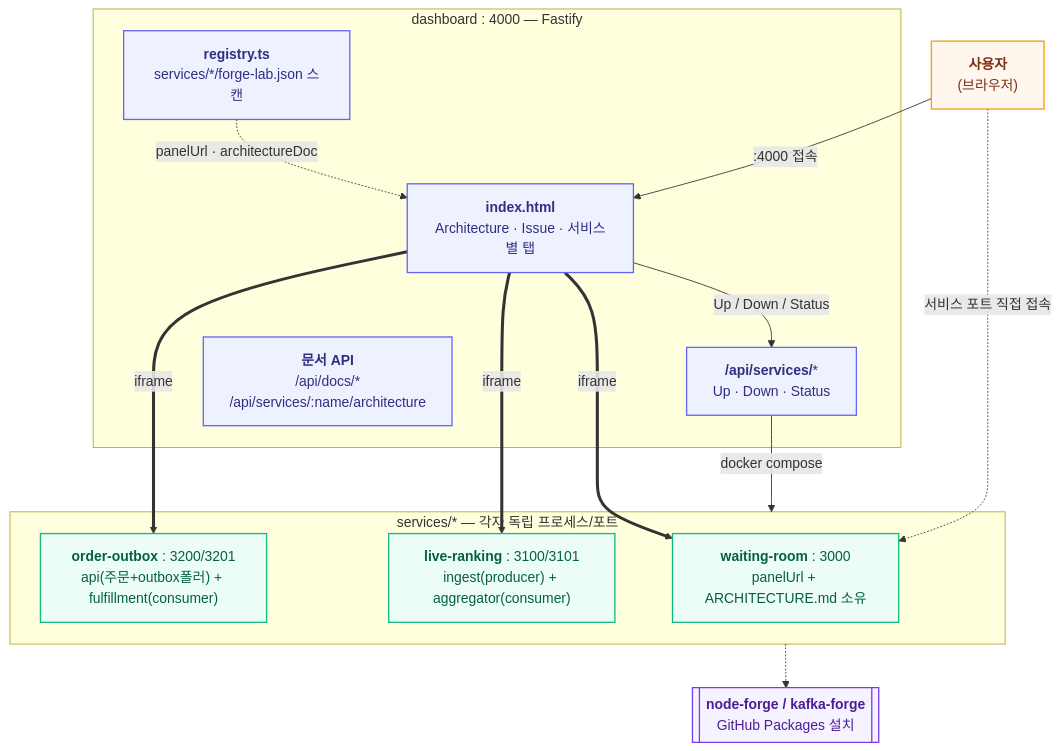
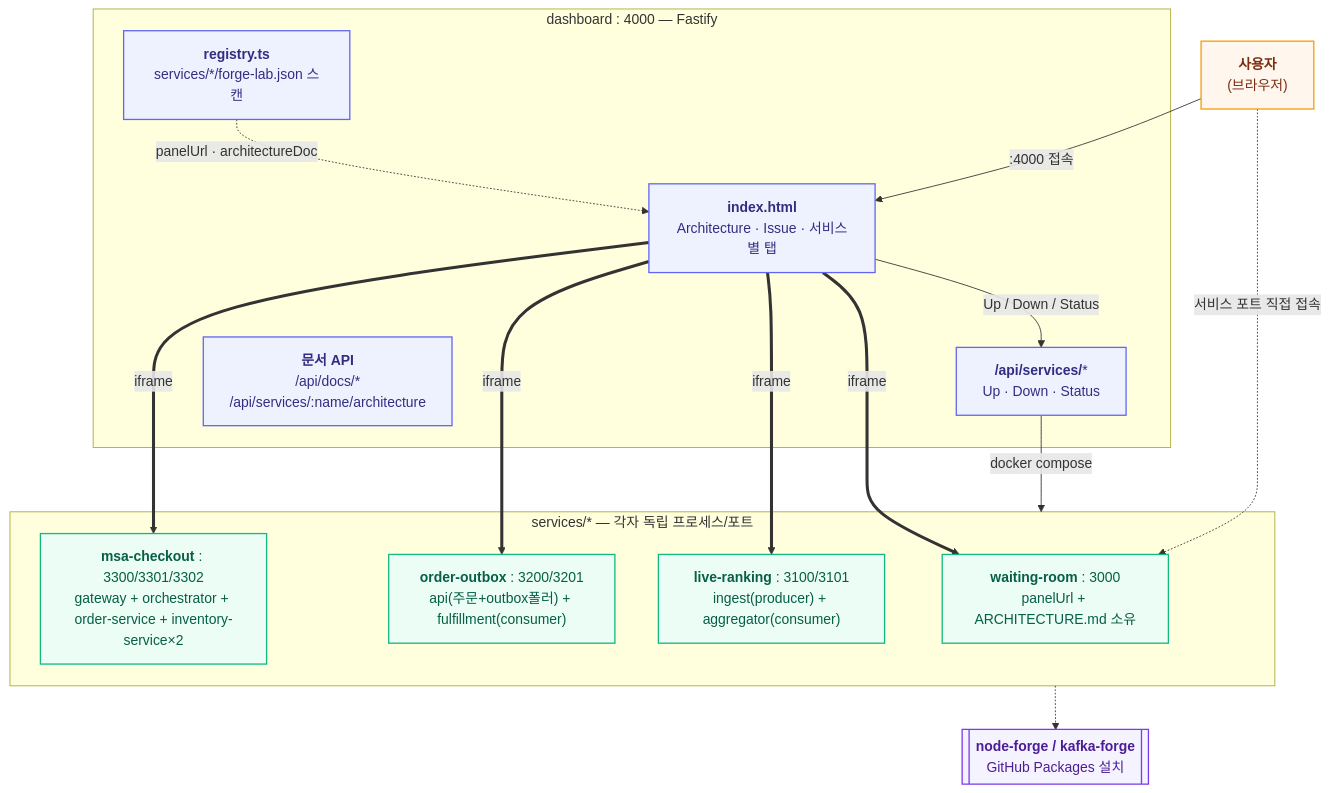
Before and after one commit to paikpaik/forgeLab: the diagram in docs/architecture.md, drawn with Mermaid. The commit also changed other lines of this file and 66 other files, not shown here.

````diff
--- a/docs/architecture.md
+++ b/docs/architecture.md
@@ -31,50 +33,53 @@
 ```mermaid
 flowchart TB
     U["`**사용자**
     (브라우저)`"]
 
     subgraph DB["dashboard : 4000 — Fastify"]
         DUI["`**index.html**
         Architecture · Issue · 서비스별 탭`"]
         DAPI["`**/api/services/***
         Up · Down · Status`"]
         DREG["`**registry.ts**
         services/*/forge-lab.json 스캔`"]
         DDOC["`**문서 API**
         /api/docs/*
         /api/services/:name/architecture`"]
     end
 
     subgraph SVC["services/* — 각자 독립 프로세스/포트"]
         S1["`**waiting-room** : 3000
         panelUrl + ARCHITECTURE.md 소유`"]
         S2["`**live-ranking** : 3100/3101
         ingest(producer) + aggregator(consumer)`"]
         S3["`**order-outbox** : 3200/3201
         api(주문+outbox폴러) + fulfillment(consumer)`"]
+        S4["`**msa-checkout** : 3300/3301/3302
+        gateway + orchestrator + order-service + inventory-service×2`"]
     end
 
     NF[["`**node-forge / kafka-forge**
     GitHub Packages 설치`"]]
 
     U -->|":4000 접속"| DUI
     DUI -->|"Up / Down / Status"| DAPI
     DAPI -->|"docker compose"| SVC
     DREG -.->|"panelUrl · architectureDoc"| DUI
     DUI ==>|"iframe"| S1
     DUI ==>|"iframe"| S2
     DUI ==>|"iframe"| S3
+    DUI ==>|"iframe"| S4
     U -.->|"서비스 포트 직접 접속"| S1
 
     SVC -.-> NF
 
     classDef dashboardNode fill:#eef2ff,stroke:#6366f1,stroke-width:1.5px,color:#312e81
     classDef serviceNode fill:#ecfdf5,stroke:#10b981,stroke-width:1.5px,color:#065f46
     classDef forgeNode fill:#f5f3ff,stroke:#7c3aed,stroke-width:1.5px,color:#4c1d95
     classDef userNode fill:#fff7ed,stroke:#f59e0b,stroke-width:1.5px,color:#7c2d12
 
     class U userNode
     class DUI,DAPI,DREG,DDOC dashboardNode
-    class S1,S2,S3 serviceNode
+    class S1,S2,S3,S4 serviceNode
     class NF forgeNode
 ```
````
